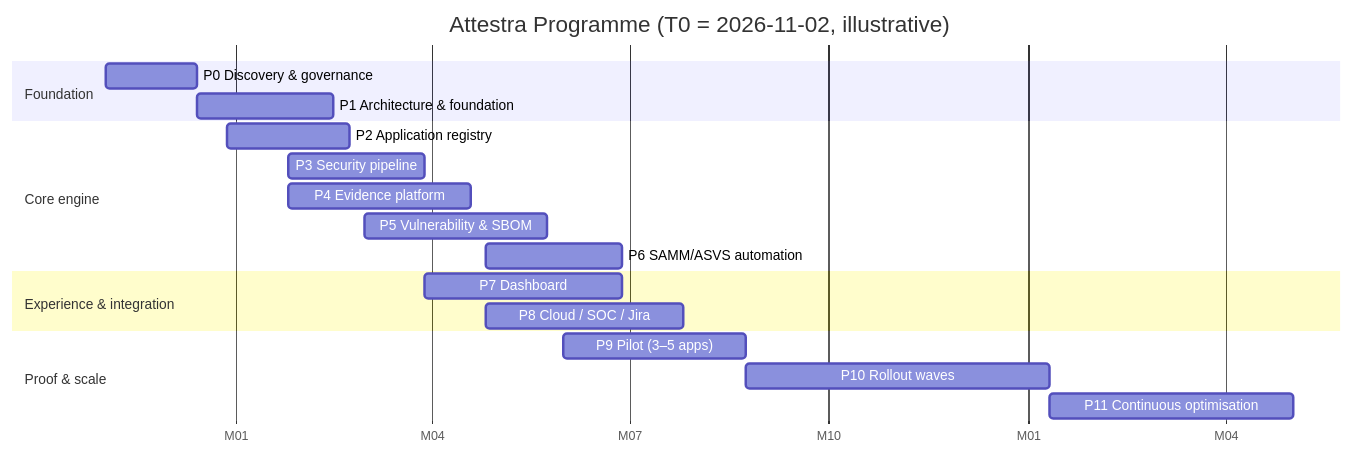
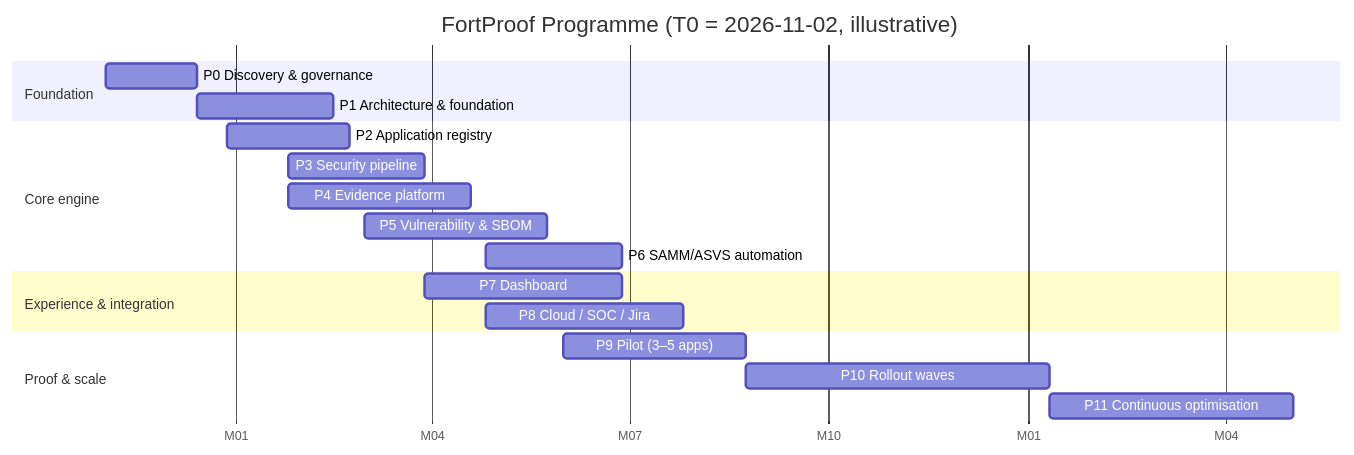
Before and after one commit to cipherfort/attestra: the diagram in adoption-kit/programme/roadmap/roadmap.md, drawn with Mermaid. The commit also changed 123 other files, not shown here.

First line of the commit message:
feat!: rename the project to FortProof (#40)

````diff
--- a/adoption-kit/programme/roadmap/roadmap.md
+++ b/adoption-kit/programme/roadmap/roadmap.md
@@ -10,22 +10,22 @@
 ```mermaid
 gantt
   dateFormat  YYYY-MM-DD
   axisFormat  M%m
-  title Attestra Programme (T0 = 2026-11-02, illustrative)
+  title FortProof Programme (T0 = 2026-11-02, illustrative)
   section Foundation
   P0 Discovery & governance        :p0, 2026-11-02, 6w
   P1 Architecture & foundation     :p1, after p0, 9w
   section Core engine
   P2 Application registry          :p2, 2026-12-28, 8w
   P3 Security pipeline             :p3, 2027-01-25, 9w
   P4 Evidence platform             :p4, 2027-01-25, 12w
   P5 Vulnerability & SBOM          :p5, 2027-03-01, 12w
   P6 SAMM/ASVS automation          :p6, 2027-04-26, 9w
   section Experience & integration
   P7 Dashboard                     :p7, 2027-03-29, 13w
   P8 Cloud / SOC / Jira            :p8, 2027-04-26, 13w
   section Proof & scale
   P9 Pilot (3–5 apps)              :p9, 2027-06-01, 12w
   P10 Rollout waves                :p10, after p9, 20w
   P11 Continuous optimisation      :p11, after p10, 16w
 ```
````
